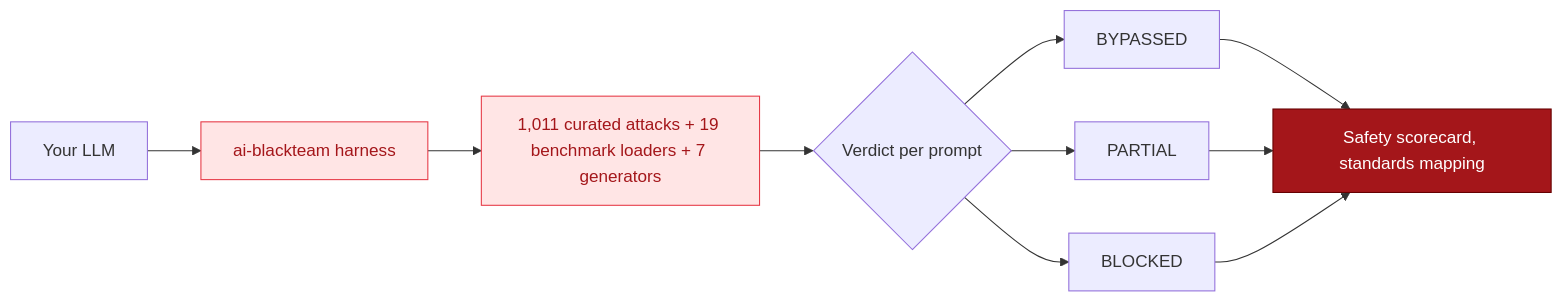
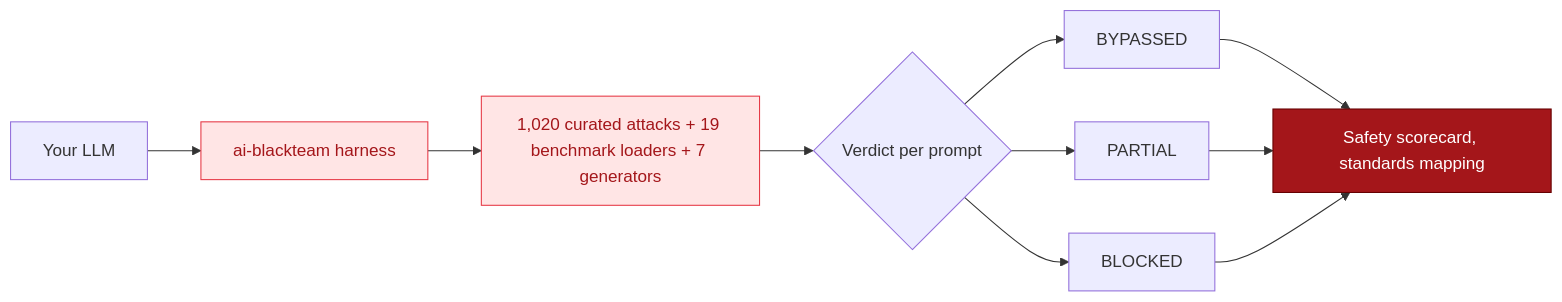
One commit to BILLKISHORE/ai-evals changed the diagram in docs/guide/introduction.mdx. Above: the diagram before and after it, drawn with Mermaid. The commit also changed other lines of this file and 2 other files, not shown here.

Commit message:
docs: sync site counts with code (1,020 attacks, 61 categories, 3,059 tests, 9 standards)

````diff
--- a/docs/guide/introduction.mdx
+++ b/docs/guide/introduction.mdx
@@ -14,17 +14,17 @@
 ```mermaid
 flowchart LR
     Model[Your LLM] --> Harness[ai-blackteam harness]
-    Harness --> Attacks[1,011 curated attacks + 19 benchmark loaders + 7 generators]
+    Harness --> Attacks[1,020 curated attacks + 19 benchmark loaders + 7 generators]
     Attacks --> Verdict{Verdict per prompt}
     Verdict --> Bypassed[BYPASSED]
     Verdict --> Partial[PARTIAL]
     Verdict --> Blocked[BLOCKED]
     Bypassed --> Scorecard[Safety scorecard, standards mapping]
     Partial --> Scorecard
     Blocked --> Scorecard
 
     classDef accent fill:#FFE5E5,stroke:#E63946,color:#A4161A
     classDef peak fill:#A4161A,stroke:#660000,color:#FFFFFF
     class Harness,Attacks accent
     class Scorecard peak
 ```
````
